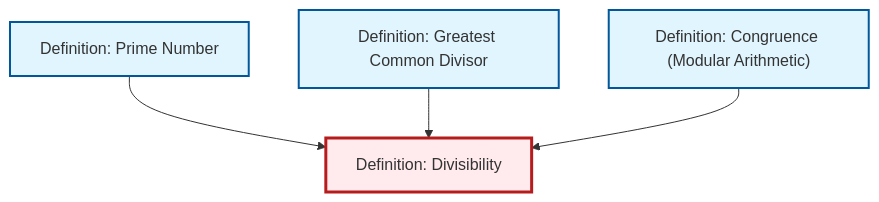
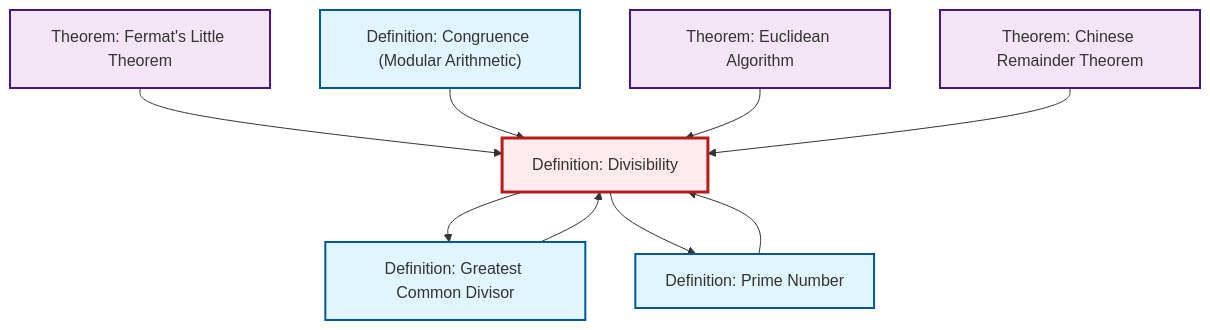
One commit to RK0429/ModernMath changed the diagram in content/en/number-theory/def-divisibility.qmd. Above: the diagram before and after it, drawn with Mermaid. The commit also changed 531 other files, not shown here.

````diff
--- a/content/en/number-theory/def-divisibility.qmd
+++ b/content/en/number-theory/def-divisibility.qmd
@@ -78,20 +78,31 @@
 ```{mermaid}
 %%| fig-cap: "Local dependency graph"
 graph TD
     classDef definition fill:#e1f5fe,stroke:#01579b,stroke-width:2px
     classDef theorem fill:#f3e5f5,stroke:#4a148c,stroke-width:2px
     classDef axiom fill:#fff3e0,stroke:#e65100,stroke-width:2px
     classDef example fill:#e8f5e9,stroke:#1b5e20,stroke-width:2px
     classDef current fill:#ffebee,stroke:#b71c1c,stroke-width:3px
+    thm-chinese-remainder["Theorem: Chinese Remainder Theorem"]:::theorem
+    def-divisibility["Definition: Divisibility"]:::definition
+    thm-fermat-little["Theorem: Fermat's Little Theorem"]:::theorem
+    def-congruence["Definition: Congruence (Modular Arithmetic)"]:::definition
     def-gcd["Definition: Greatest Common Divisor"]:::definition
     def-prime["Definition: Prime Number"]:::definition
-    def-divisibility["Definition: Divisibility"]:::definition
-    def-congruence["Definition: Congruence (Modular Arithmetic)"]:::definition
+    thm-euclidean-algorithm["Theorem: Euclidean Algorithm"]:::theorem
+    thm-fermat-little --> def-divisibility
     def-prime --> def-divisibility
+    def-congruence --> def-divisibility
     def-gcd --> def-divisibility
-    def-congruence --> def-divisibility
+    def-divisibility --> def-gcd
+    def-divisibility --> def-prime
+    thm-euclidean-algorithm --> def-divisibility
+    thm-chinese-remainder --> def-divisibility
     class def-divisibility current
+    click thm-chinese-remainder "thm-chinese-remainder.html" "Go to Chinese Remainder Theorem theorem"
+    click thm-fermat-little "thm-fermat-little.html" "Go to Fermat's Little Theorem theorem"
+    click def-congruence "def-congruence.html" "Go to Congruence (Modular Arithmetic) definition"
     click def-gcd "def-gcd.html" "Go to Greatest Common Divisor definition"
     click def-prime "def-prime.html" "Go to Prime Number definition"
-    click def-congruence "def-congruence.html" "Go to Congruence (Modular Arithmetic) definition"
+    click thm-euclidean-algorithm "thm-euclidean-algorithm.html" "Go to Euclidean Algorithm theorem"
 ```
````
